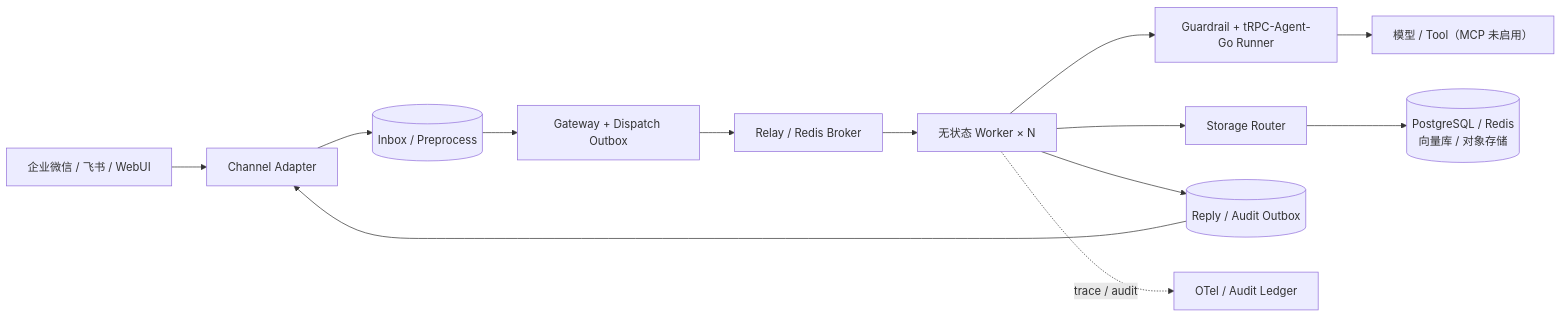
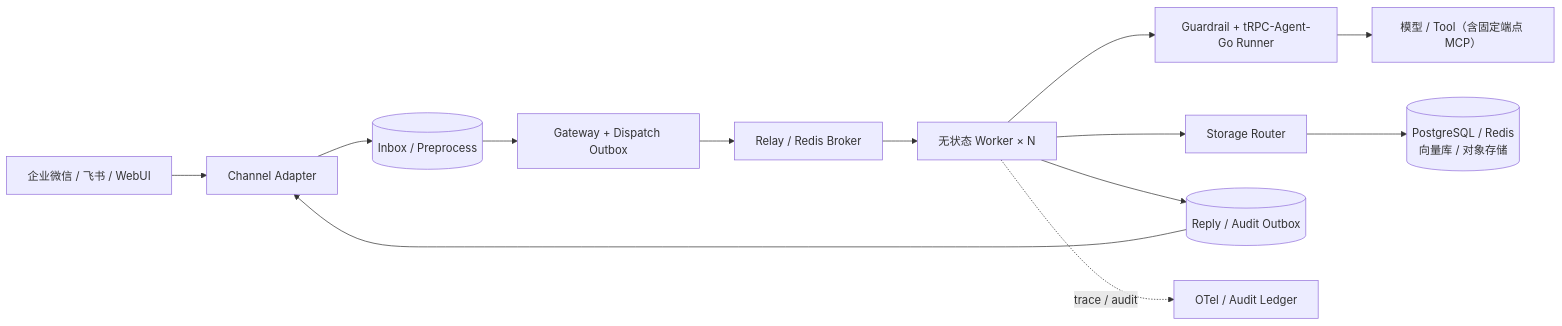
Before and after one commit to everfid-ever/trpc-agent-service: the first of 2 diagrams in docs/architecture-delivery.md, drawn with Mermaid. The commit also changed other lines of this file and 26 other files, not shown here.

````diff
--- a/docs/architecture-delivery.md
+++ b/docs/architecture-delivery.md
@@ -9,15 +9,15 @@
 ```mermaid
 flowchart LR
   IM["企业微信 / 飞书 / WebUI"] --> CA["Channel Adapter"]
   CA --> IN[("Inbox / Preprocess")]
   IN --> GW["Gateway + Dispatch Outbox"]
   GW --> R["Relay / Redis Broker"]
   R --> W["无状态 Worker × N"]
   W --> RUN["Guardrail + tRPC-Agent-Go Runner"]
-  RUN --> M["模型 / Tool（MCP 未启用）"]
+  RUN --> M["模型 / Tool（含固定端点 MCP）"]
   W --> S["Storage Router"]
   S --> D[("PostgreSQL / Redis\n向量库 / 对象存储")]
   W --> RO[("Reply / Audit Outbox")]
   RO --> CA
   W -. trace / audit .-> T["OTel / Audit Ledger"]
 ```
````
